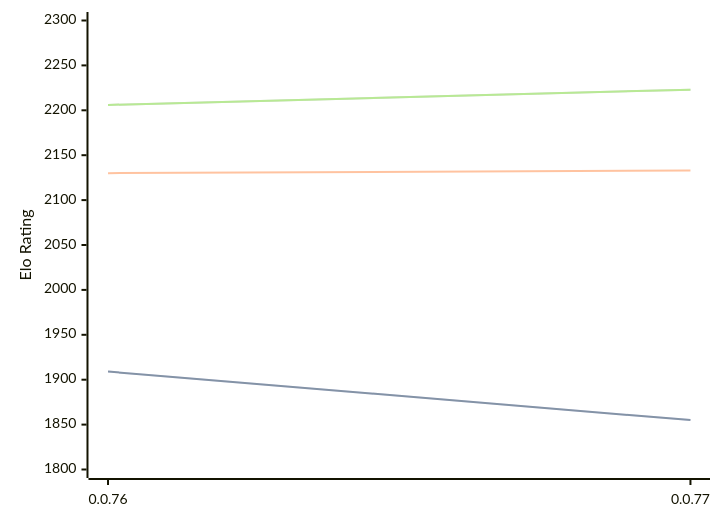
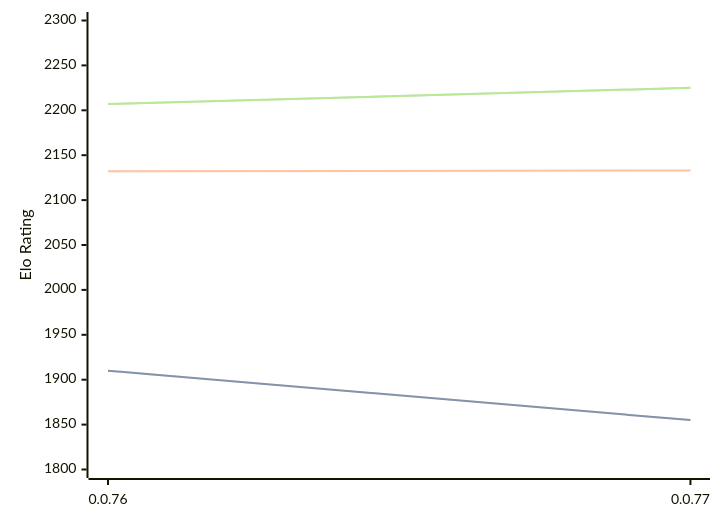
One commit to computer-chess-index/cci changed the diagram in engines/Fktb.md. Above: the diagram before and after it, drawn with Mermaid. The commit also changed other lines of this file, not shown here.

Commit message:
Update CCI Ratings (ELO VLTC) - 2026-08-21

````diff
--- a/engines/Fktb.md
+++ b/engines/Fktb.md
@@ -32,11 +32,11 @@
 ```mermaid
 %%{init: {"theme":"base","themeVariables":{"seriesColors:['#a3a3a3','#222221','#faa371']}}}%%
 xychart-beta
   x-axis ["0.0.76", "0.0.77"]
   y-axis "Elo Rating" 1800 --> 2300
-  line "STC (8.0+0.08s)" [1909, 1855]
-  line "STC (8.0+0.08s)" [1909, 1855]
-  line "LTC (60.0+0.60s)" [2130, 2133]
-  line "VLTC (2m24s+1.12s)" [2206, 2223]
-  line "VLTC (2m24s+1.12s)" [2206, 2223]
+  line "STC (8.0+0.08s)" [1910, 1855]
+  line "STC (8.0+0.08s)" [1910, 1855]
+  line "LTC (60.0+0.60s)" [2132, 2133]
+  line "VLTC (2m24s+1.12s)" [2207, 2225]
+  line "VLTC (2m24s+1.12s)" [2207, 2225]
 ```
````
